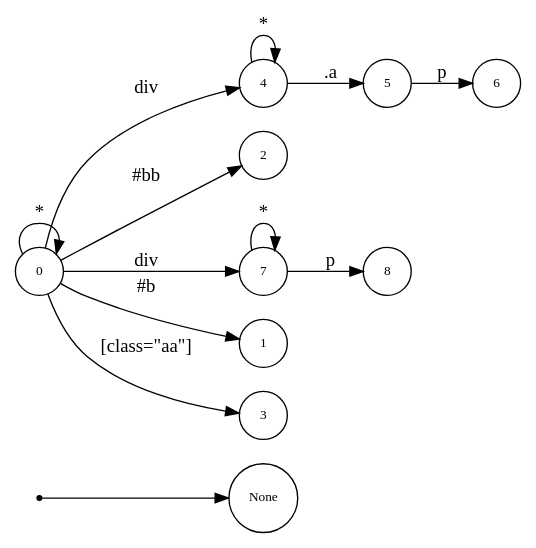
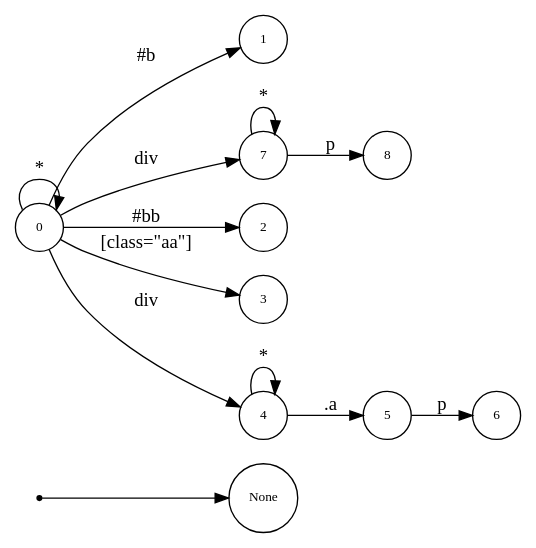
One commit to asukaminato0721/css-bitvector-compiler changed the diagram in css-gen-op/testcase/dot_tri.dot. Above: the diagram before and after it, drawn with Graphviz. The commit also changed other lines of this file and 10 other files, not shown here.

```diff
--- a/css-gen-op/testcase/dot_tri.dot
+++ b/css-gen-op/testcase/dot_tri.dot
@@ -1,27 +1,27 @@
 digraph NFA {
   rankdir=LR;
   node [shape=circle, fontsize=10];
   __start [shape=point, label=""];
   __start -> None;
+  5 [label="5"];
+  1 [label="1"];
+  6 [label="6"];
+  7 [label="7"];
+  2 [label="2"];
+  3 [label="3"];
+  4 [label="4"];
   0 [label="0"];
-  5 [label="5"];
-  6 [label="6"];
-  4 [label="4"];
-  2 [label="2"];
-  7 [label="7"];
-  1 [label="1"];
-  3 [label="3"];
   8 [label="8"];
   { node [shape=doublecircle]; 1 2 3 6 8 }
   0 -> 0 [label="*"];
   0 -> 1 [label="#b"];
   0 -> 2 [label="#bb"];
   0 -> 3 [label="[class=\"aa\"]"];
   0 -> 4 [label="div"];
   4 -> 4 [label="*"];
   4 -> 5 [label=".a"];
   5 -> 6 [label="p"];
   0 -> 7 [label="div"];
   7 -> 7 [label="*"];
   7 -> 8 [label="p"];
 }
```
